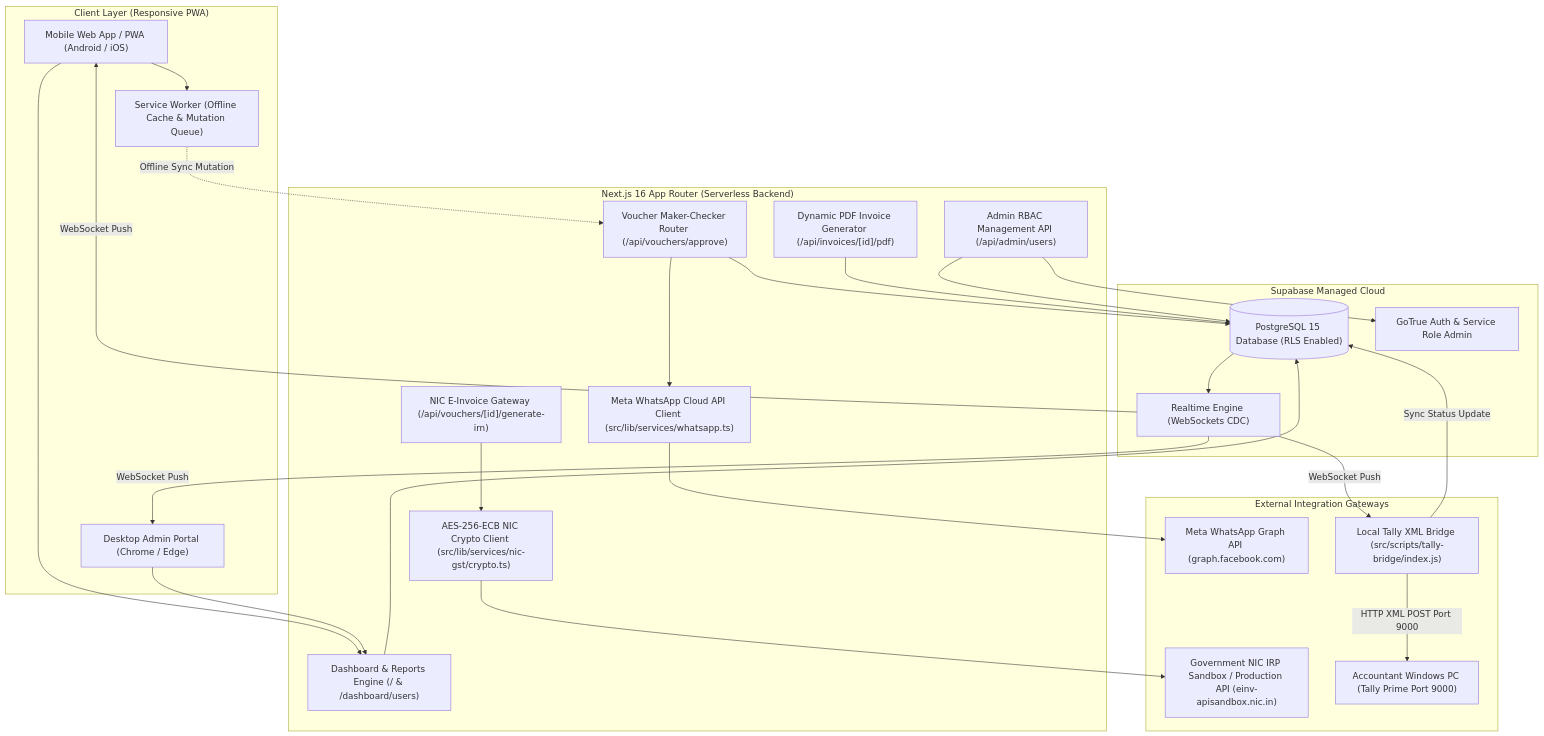
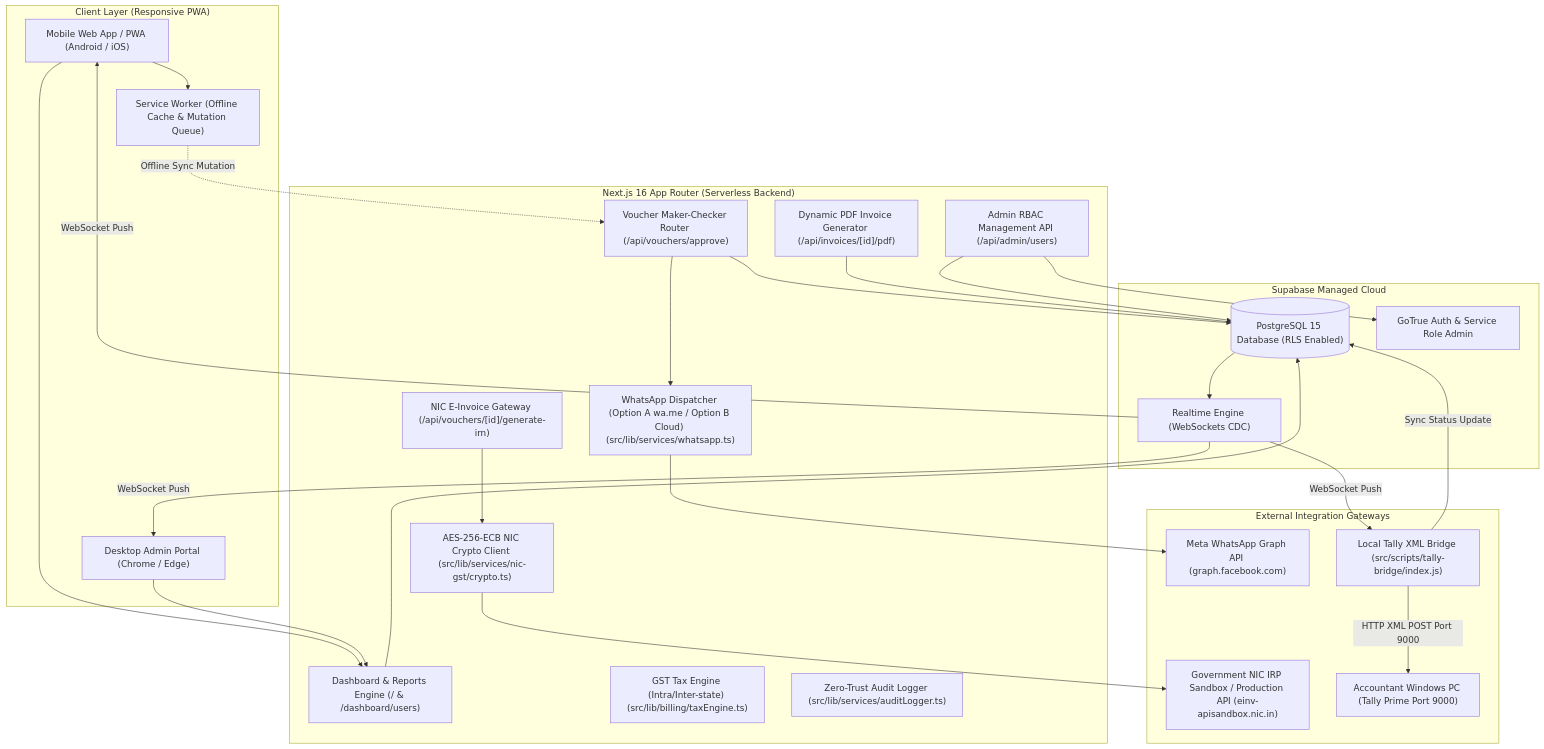
One commit to sp25126/livekeep-OPEN changed the diagram in SD.md. Above: the diagram before and after it, drawn with Mermaid. The commit also changed other lines of this file and 3 other files, not shown here.

Commit message:
feat: enforce 100% free Option A WhatsApp direct protocol and update architectural docs

````diff
--- a/SD.md
+++ b/SD.md
@@ -10,56 +10,58 @@
 ```mermaid
 graph TD
     subgraph ClientLayer ["Client Layer (Responsive PWA)"]
         BrowserMobile["Mobile Web App / PWA (Android / iOS)"]
         BrowserDesktop["Desktop Admin Portal (Chrome / Edge)"]
         ServiceWorker["Service Worker (Offline Cache & Mutation Queue)"]
     end
 
     subgraph NextServer ["Next.js 16 App Router (Serverless Backend)"]
         DashboardUI["Dashboard & Reports Engine (/ & /dashboard/users)"]
         APIVouchers["Voucher Maker-Checker Router (/api/vouchers/approve)"]
         APIEInvoice["NIC E-Invoice Gateway (/api/vouchers/[id]/generate-irn)"]
         APIPDF["Dynamic PDF Invoice Generator (/api/invoices/[id]/pdf)"]
         APIUsers["Admin RBAC Management API (/api/admin/users)"]
-        WhatsAppService["Meta WhatsApp Cloud API Client (src/lib/services/whatsapp.ts)"]
+        WhatsAppService["WhatsApp Dispatcher (Option A wa.me / Option B Cloud) (src/lib/services/whatsapp.ts)"]
+        TaxEngine["GST Tax Engine (Intra/Inter-state) (src/lib/billing/taxEngine.ts)"]
+        AuditService["Zero-Trust Audit Logger (src/lib/services/auditLogger.ts)"]
         CryptoService["AES-256-ECB NIC Crypto Client (src/lib/services/nic-gst/crypto.ts)"]
     end
 
     subgraph SupabaseCloud ["Supabase Managed Cloud"]
         PostgresDB[("PostgreSQL 15 Database (RLS Enabled)")]
         RealtimePubSub["Realtime Engine (WebSockets CDC)"]
         AuthAdmin["GoTrue Auth & Service Role Admin"]
     end
 
     subgraph ExternalSystems ["External Integration Gateways"]
         NICGovPortal["Government NIC IRP Sandbox / Production API (einv-apisandbox.nic.in)"]
         MetaGraph["Meta WhatsApp Graph API (graph.facebook.com)"]
         TallyWindowsPC["Accountant Windows PC (Tally Prime Port 9000)"]
         TallyBridgeScript["Local Tally XML Bridge (src/scripts/tally-bridge/index.js)"]
     end
 
     %% Client Interactions
     BrowserMobile --> ServiceWorker
     BrowserMobile --> DashboardUI
     BrowserDesktop --> DashboardUI
     ServiceWorker -.->|Offline Sync Mutation| APIVouchers
 
     %% Next Server Interactions
     DashboardUI --> PostgresDB
     APIVouchers --> PostgresDB
     APIVouchers --> WhatsAppService
     WhatsAppService --> MetaGraph
     APIEInvoice --> CryptoService
     CryptoService --> NICGovPortal
     APIPDF --> PostgresDB
     APIUsers --> AuthAdmin
     APIUsers --> PostgresDB
 
     %% Realtime Data Flow
     PostgresDB --> RealtimePubSub
     RealtimePubSub -->|WebSocket Push| BrowserDesktop
     RealtimePubSub -->|WebSocket Push| BrowserMobile
     RealtimePubSub -->|WebSocket Push| TallyBridgeScript
     TallyBridgeScript -->|HTTP XML POST Port 9000| TallyWindowsPC
     TallyBridgeScript -->|Sync Status Update| PostgresDB
 ```
````
